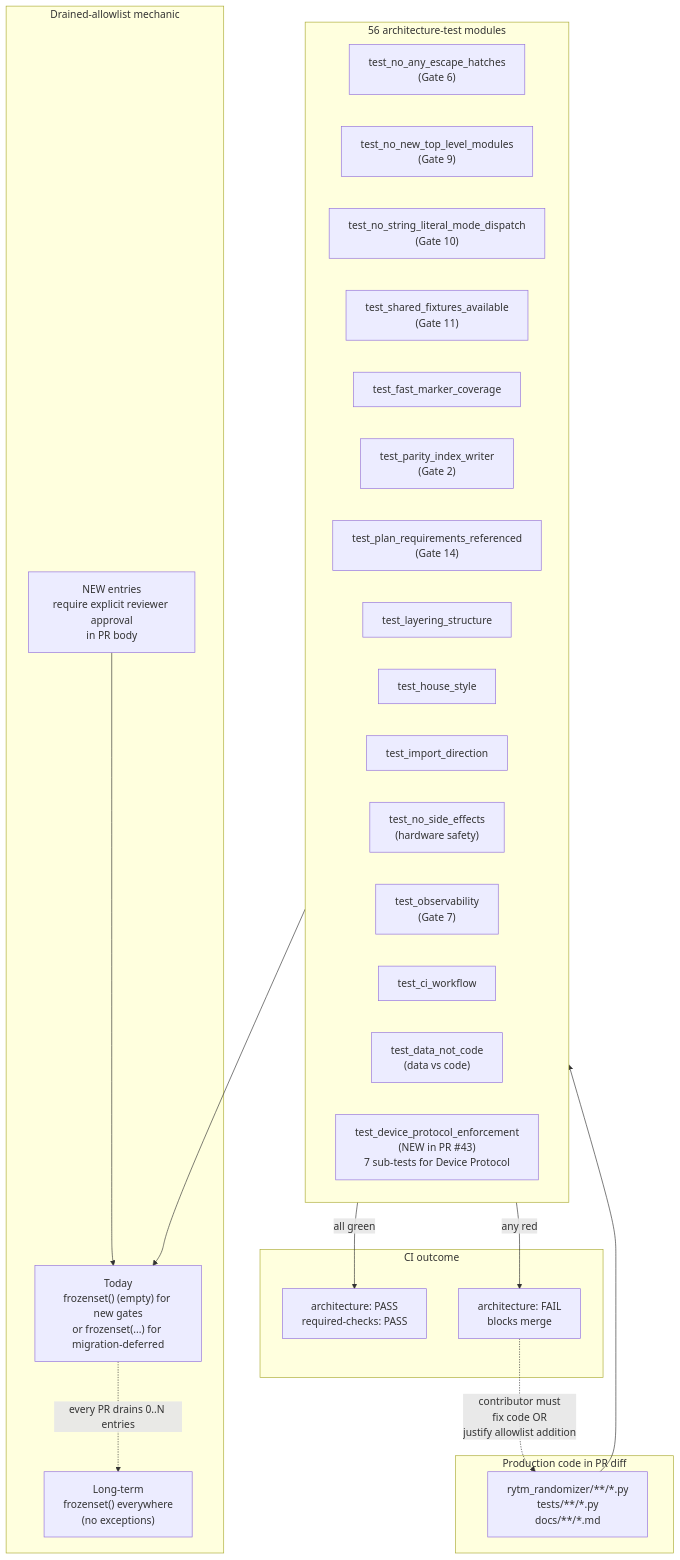
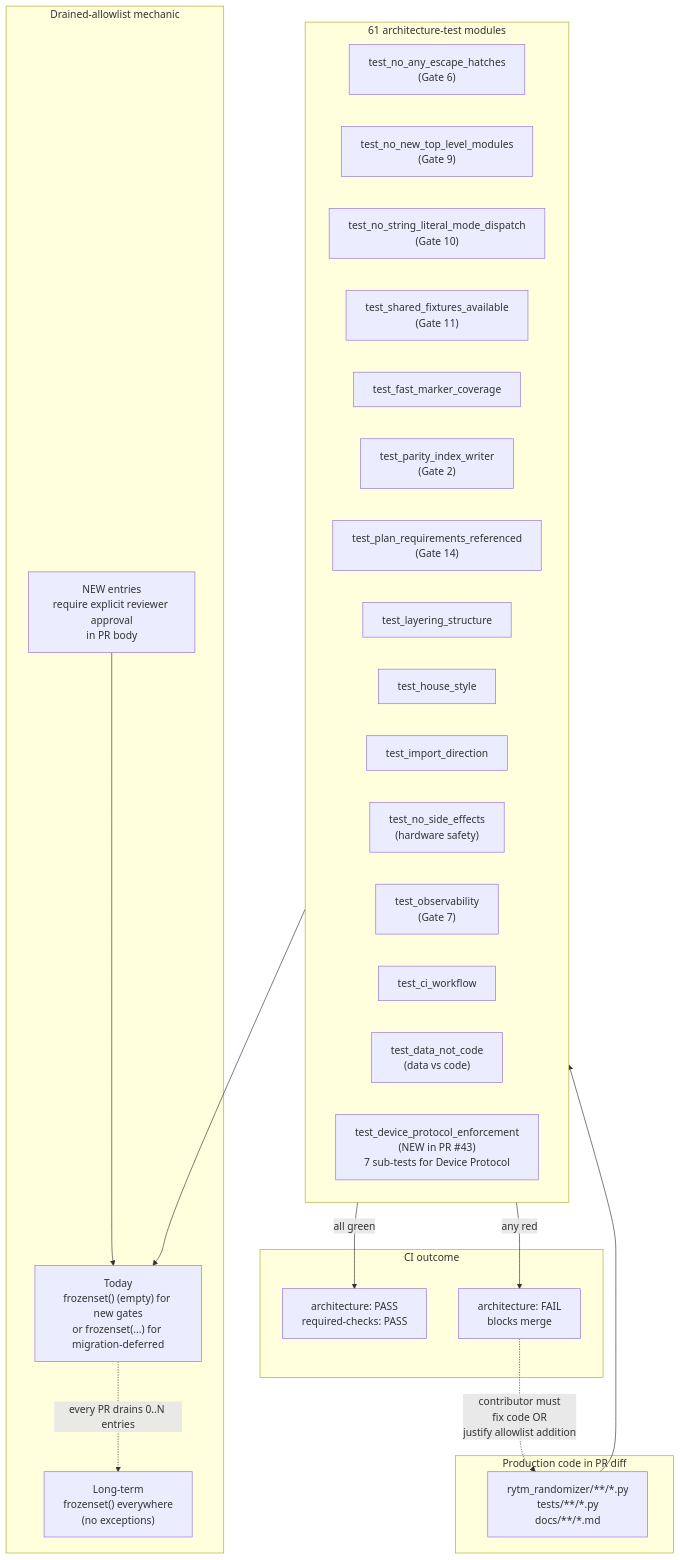
One commit to buzzijose-hub/RytmRandomizer changed the tenth of 34 diagrams in docs/ARCHITECTURE_DIAGRAMS.md. Above: the diagram before and after it, drawn with Mermaid. The commit also changed other lines of this file and 79 other files, not shown here.

````diff
--- a/docs/ARCHITECTURE_DIAGRAMS.md
+++ b/docs/ARCHITECTURE_DIAGRAMS.md
@@ -794,44 +811,44 @@
 ```mermaid
 flowchart TB
     subgraph Production["Production code in PR diff"]
         SourceFiles["rytm_randomizer/**/*.py<br/>tests/**/*.py<br/>docs/**/*.md"]
     end
 
-    subgraph Gates["56 architecture-test modules"]
+    subgraph Gates["61 architecture-test modules"]
         Gate1["test_no_any_escape_hatches<br/>(Gate 6)"]
         Gate2["test_no_new_top_level_modules<br/>(Gate 9)"]
         Gate3["test_no_string_literal_mode_dispatch<br/>(Gate 10)"]
         Gate4["test_shared_fixtures_available<br/>(Gate 11)"]
         Gate5["test_fast_marker_coverage"]
         Gate6["test_parity_index_writer<br/>(Gate 2)"]
         Gate7["test_plan_requirements_referenced<br/>(Gate 14)"]
         Gate8["test_layering_structure"]
         Gate9["test_house_style"]
         Gate10["test_import_direction"]
         Gate11["test_no_side_effects<br/>(hardware safety)"]
         Gate12["test_observability<br/>(Gate 7)"]
         Gate13["test_ci_workflow"]
         Gate14["test_data_not_code<br/>(data vs code)"]
         Gate15["test_device_protocol_enforcement<br/>(NEW in PR #43)<br/>7 sub-tests for Device Protocol"]
     end
 
     subgraph Allowlists["Drained-allowlist mechanic"]
         AL_today["Today<br/>frozenset() (empty) for new gates<br/>or frozenset(...) for migration-deferred"]
         AL_future["Long-term<br/>frozenset() everywhere<br/>(no exceptions)"]
         AL_new["NEW entries<br/>require explicit reviewer approval<br/>in PR body"]
     end
 
     subgraph Outcome["CI outcome"]
         Pass["architecture: PASS<br/>required-checks: PASS"]
         Fail["architecture: FAIL<br/>blocks merge"]
     end
 
     SourceFiles --> Gates
     Gates --> AL_today
     AL_today -.->|"every PR drains 0..N entries"| AL_future
     AL_new --> AL_today
 
     Gates -->|"all green"| Pass
     Gates -->|"any red"| Fail
     Fail -.->|"contributor must<br/>fix code OR<br/>justify allowlist addition"| SourceFiles
 ```
````
